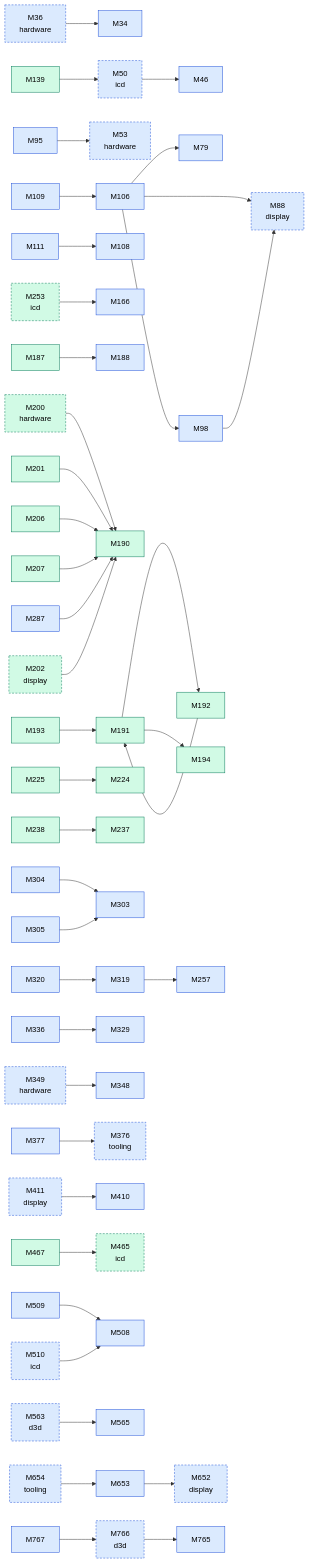
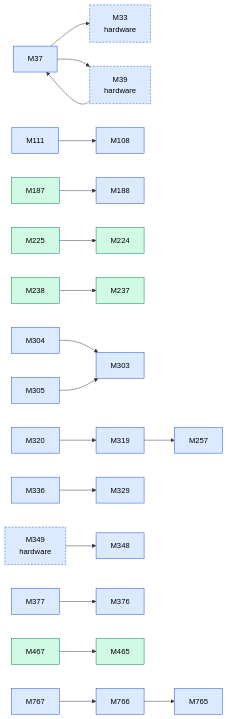
The third of 3 diagrams in docs/facts/graphs/kmd.md (D-Ogi/amdgpu-wddm), drawn with Mermaid before and after one commit. The commit also changed other lines of this file and 27 other files, not shown here.

````diff
--- a/docs/facts/graphs/kmd.md
+++ b/docs/facts/graphs/kmd.md
@@ -220,39 +202,17 @@
 ```mermaid
 flowchart LR
-  M34["M34"]:::MEASURED
-  M36["M36<br/>hardware"]:::MEASURED
-  M46["M46"]:::MEASURED
-  M50["M50<br/>icd"]:::MEASURED
-  M53["M53<br/>hardware"]:::MEASURED
-  M79["M79"]:::MEASURED
-  M88["M88<br/>display"]:::MEASURED
-  M95["M95"]:::MEASURED
-  M98["M98"]:::MEASURED
-  M106["M106"]:::MEASURED
+  M33["M33<br/>hardware"]:::MEASURED
+  M37["M37"]:::MEASURED
+  M39["M39<br/>hardware"]:::MEASURED
   M108["M108"]:::MEASURED
-  M109["M109"]:::MEASURED
   M111["M111"]:::MEASURED
-  M139["M139"]:::CONFIRMED
-  M166["M166"]:::MEASURED
   M187["M187"]:::CONFIRMED
   M188["M188"]:::MEASURED
-  M190["M190"]:::CONFIRMED
-  M191["M191"]:::CONFIRMED
-  M192["M192"]:::CONFIRMED
-  M193["M193"]:::CONFIRMED
-  M194["M194"]:::CONFIRMED
-  M200["M200<br/>hardware"]:::CONFIRMED
-  M201["M201"]:::CONFIRMED
-  M202["M202<br/>display"]:::CONFIRMED
-  M206["M206"]:::CONFIRMED
-  M207["M207"]:::CONFIRMED
   M224["M224"]:::CONFIRMED
   M225["M225"]:::CONFIRMED
   M237["M237"]:::CONFIRMED
   M238["M238"]:::CONFIRMED
-  M253["M253<br/>icd"]:::CONFIRMED
   M257["M257"]:::MEASURED
-  M287["M287"]:::MEASURED
   M303["M303"]:::MEASURED
   M304["M304"]:::MEASURED
   M305["M305"]:::MEASURED
@@ -262,45 +222,21 @@
   M336["M336"]:::MEASURED
   M348["M348"]:::MEASURED
   M349["M349<br/>hardware"]:::MEASURED
-  M376["M376<br/>tooling"]:::MEASURED
+  M376["M376"]:::MEASURED
   M377["M377"]:::MEASURED
-  M410["M410"]:::MEASURED
-  M411["M411<br/>display"]:::MEASURED
-  M465["M465<br/>icd"]:::CONFIRMED
+  M465["M465"]:::CONFIRMED
   M467["M467"]:::CONFIRMED
-  M508["M508"]:::MEASURED
-  M509["M509"]:::MEASURED
-  M510["M510<br/>icd"]:::MEASURED
-  M563["M563<br/>d3d"]:::MEASURED
-  M565["M565"]:::MEASURED
-  M652["M652<br/>display"]:::MEASURED
-  M653["M653"]:::MEASURED
-  M654["M654<br/>tooling"]:::MEASURED
   M765["M765"]:::MEASURED
-  M766["M766<br/>d3d"]:::MEASURED
+  M766["M766"]:::MEASURED
   M767["M767"]:::MEASURED
-  M36 --> M34
-  M200 --> M190
+  M39 --> M37
   M349 --> M348
-  M95 --> M53
-  M98 --> M88
-  M106 --> M79
-  M106 --> M88
-  M106 --> M98
-  M109 --> M106
+  M37 --> M33
+  M37 --> M39
   M111 --> M108
-  M139 --> M50
   M187 --> M188
-  M191 --> M192
-  M191 --> M194
-  M192 --> M191
-  M193 --> M191
-  M201 --> M190
-  M206 --> M190
-  M207 --> M190
   M225 --> M224
   M238 --> M237
-  M287 --> M190
   M304 --> M303
   M305 --> M303
   M319 --> M257
@@ -308,21 +244,12 @@
   M336 --> M329
   M377 --> M376
   M467 --> M465
-  M509 --> M508
-  M653 --> M652
+  M766 --> M765
   M767 --> M766
-  M202 --> M190
-  M411 --> M410
-  M50 --> M46
-  M253 --> M166
-  M510 --> M508
-  M563 --> M565
-  M766 --> M765
-  M654 --> M653
   classDef HYPOTHESIS fill:#fff3c4,stroke:#9a7b00,color:#000
   classDef MEASURED fill:#dbeafe,stroke:#1d4ed8,color:#000
   classDef CONFIRMED fill:#d1fae5,stroke:#047857,color:#000
   classDef REFUTED fill:#fee2e2,stroke:#b91c1c,color:#000
   classDef other stroke-dasharray:4 3
-  class M36,M50,M53,M88,M200,M202,M253,M349,M376,M411,M465,M510,M563,M652,M654,M766 other
+  class M33,M39,M349 other
 ```
````
